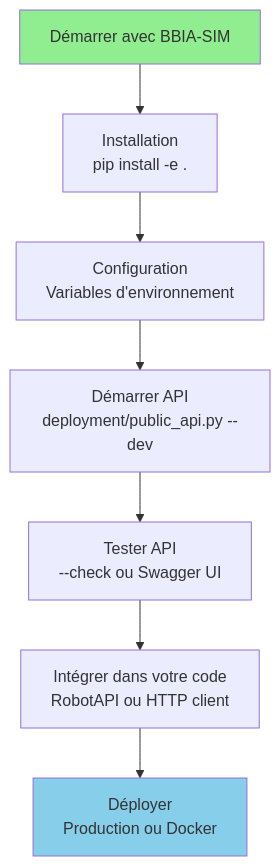
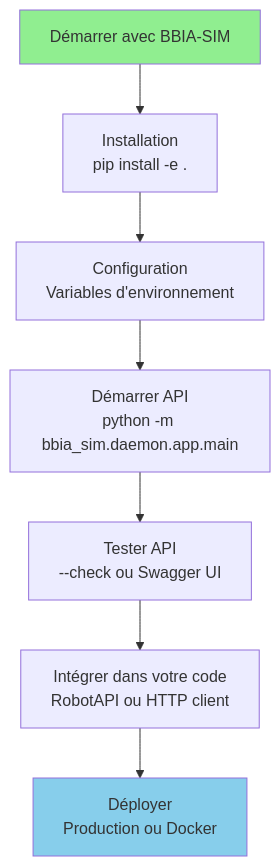
The second of 3 diagrams in docs/development/INTEGRATION_GUIDE.md (arkalia-luna-system/bbia-sim), drawn with Mermaid before and after one commit. The commit also changed other lines of this file, not shown here.

Commit message:
docs: Correction références INTEGRATION_GUIDE.md - public_api.py corrigé vers daemon.app.main

````diff
--- a/docs/development/INTEGRATION_GUIDE.md
+++ b/docs/development/INTEGRATION_GUIDE.md
@@ -76,12 +76,12 @@
 ```mermaid
 flowchart TD
     START[Démarrer avec BBIA-SIM] --> INSTALL[Installation<br/>pip install -e .]
     INSTALL --> CONFIG[Configuration<br/>Variables d'environnement]
-    CONFIG --> API[Démarrer API<br/>deployment/public_api.py --dev]
+    CONFIG --> API[Démarrer API<br/>python -m bbia_sim.daemon.app.main]
     API --> TEST[Tester API<br/>--check ou Swagger UI]
     TEST --> INTEG[Intégrer dans votre code<br/>RobotAPI ou HTTP client]
     INTEG --> DEPLOY[Déployer<br/>Production ou Docker]
 
     style START fill:#90EE90
     style DEPLOY fill:#87CEEB
 ```
````
